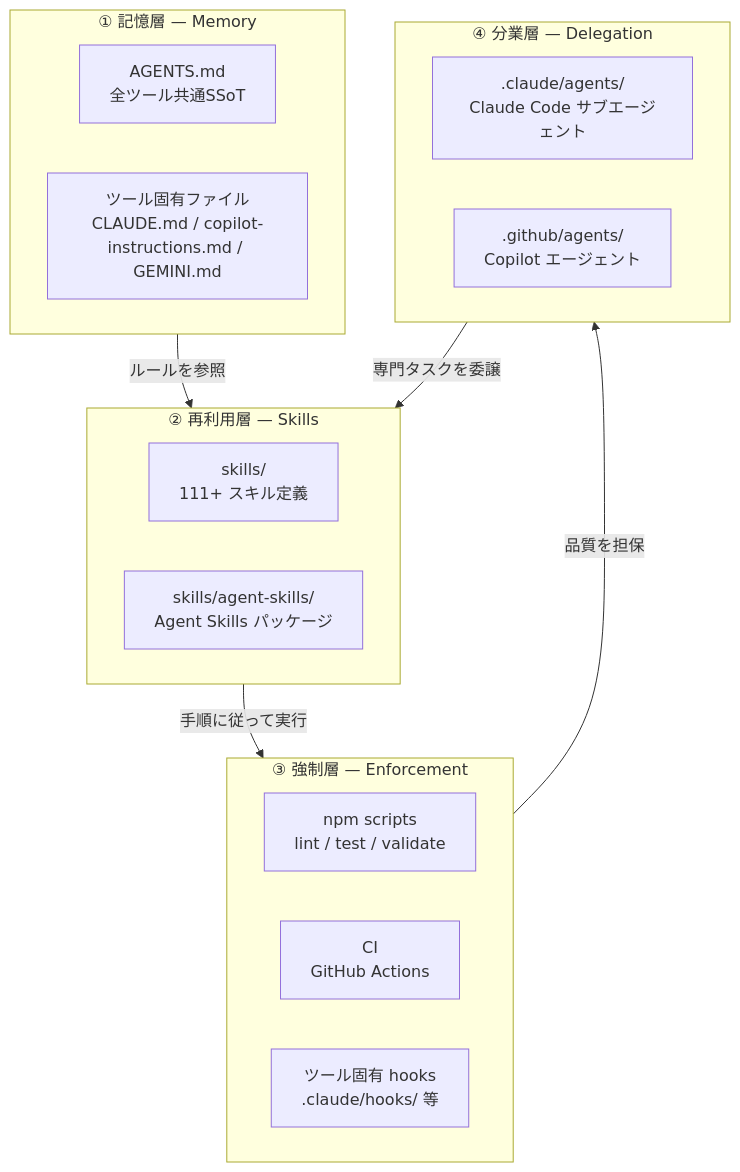
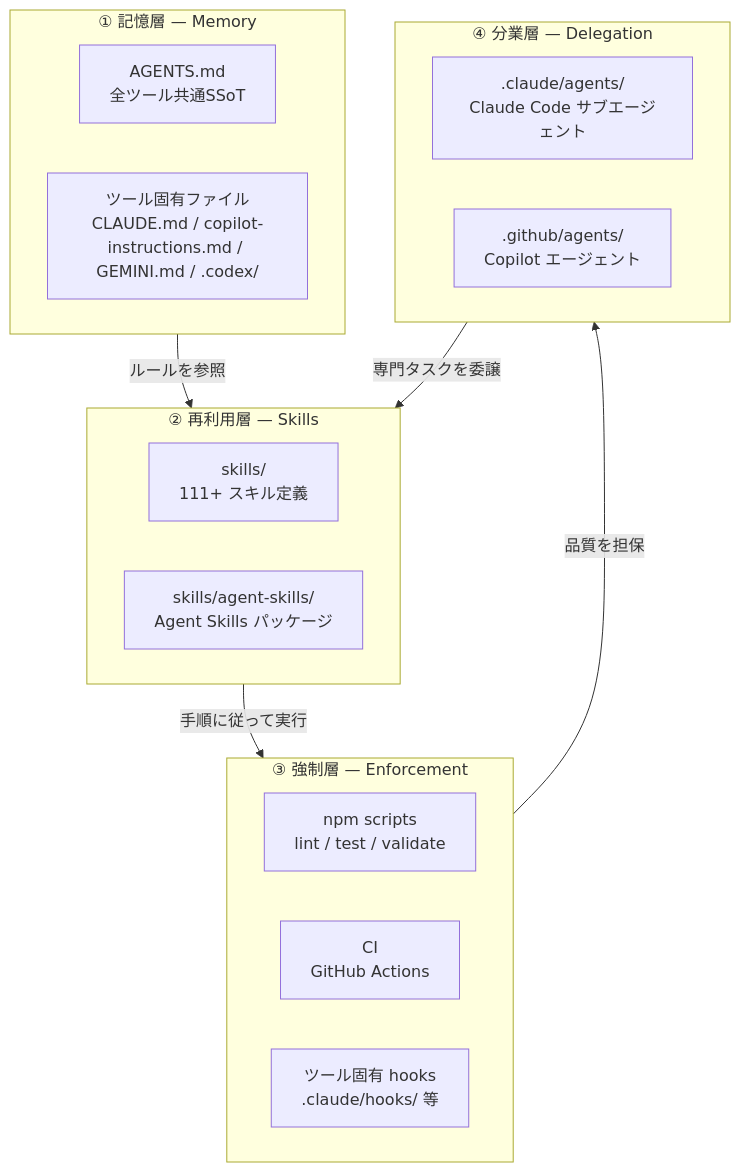
Before and after one commit to s977043/river-reviewer: the diagram in docs/agent-layers.md, drawn with Mermaid. The commit also changed other lines of this file and 7 other files, not shown here.

````diff
--- a/docs/agent-layers.md
+++ b/docs/agent-layers.md
@@ -16,28 +16,28 @@
 ```mermaid
 graph TB
     subgraph L1["① 記憶層 — Memory"]
         A1[AGENTS.md<br/>全ツール共通SSoT]
-        A2[ツール固有ファイル<br/>CLAUDE.md / copilot-instructions.md / GEMINI.md]
+        A2[ツール固有ファイル<br/>CLAUDE.md / copilot-instructions.md / GEMINI.md / .codex/]
     end
 
     subgraph L2["② 再利用層 — Skills"]
         B1[skills/<br/>111+ スキル定義]
         B2[skills/agent-skills/<br/>Agent Skills パッケージ]
     end
 
     subgraph L3["③ 強制層 — Enforcement"]
         C1[npm scripts<br/>lint / test / validate]
         C2[CI<br/>GitHub Actions]
         C3[ツール固有 hooks<br/>.claude/hooks/ 等]
     end
 
     subgraph L4["④ 分業層 — Delegation"]
         D1[.claude/agents/<br/>Claude Code サブエージェント]
         D2[.github/agents/<br/>Copilot エージェント]
     end
 
     L1 -->|"ルールを参照"| L2
     L2 -->|"手順に従って実行"| L3
     L3 -->|"品質を担保"| L4
     L4 -->|"専門タスクを委譲"| L2
 ```
````
